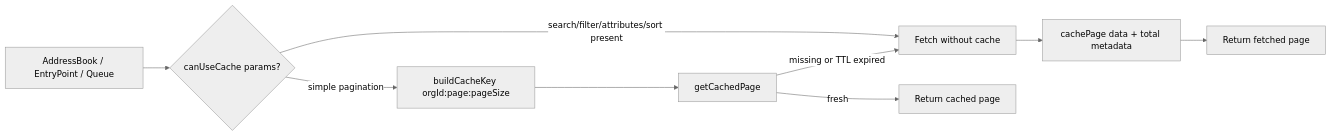
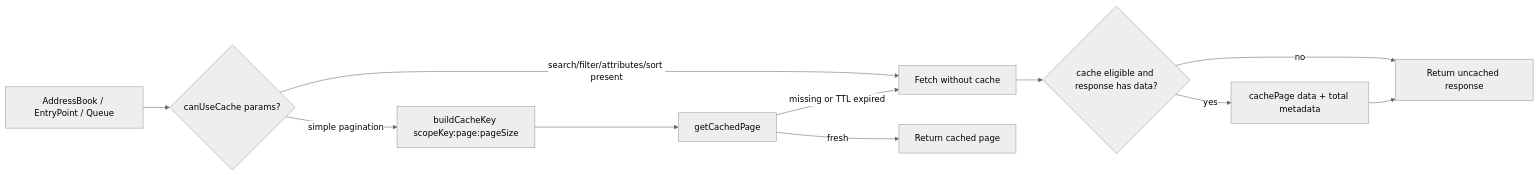
One commit to webex/webex-js-sdk changed the first of 6 diagrams in packages/@webex/contact-center/src/utils/ai-docs/utils-spec.md. Above: the diagram before and after it, drawn with Mermaid (neutral theme). The commit also changed other lines of this file and 10 other files, not shown here.

````diff
--- a/packages/@webex/contact-center/src/utils/ai-docs/utils-spec.md
+++ b/packages/@webex/contact-center/src/utils/ai-docs/utils-spec.md
@@ -135,11 +117,13 @@
 ```mermaid
 flowchart LR
   Service[AddressBook / EntryPoint / Queue] --> Eligible{canUseCache params?}
   Eligible -->|search/filter/attributes/sort present| Backend[Fetch without cache]
-  Eligible -->|simple pagination| Key[buildCacheKey orgId:page:pageSize]
+  Eligible -->|simple pagination| Key[buildCacheKey scopeKey:page:pageSize]
   Key --> Lookup[getCachedPage]
   Lookup -->|fresh| Hit[Return cached page]
   Lookup -->|missing or TTL expired| Backend
-  Backend --> Store[cachePage data + total metadata]
-  Store --> Result[Return fetched page]
+  Backend --> Fetched{cache eligible and response has data?}
+  Fetched -->|yes| Store[cachePage data + total metadata]
+  Fetched -->|no| Result[Return uncached response]
+  Store --> Result
 ```
````
